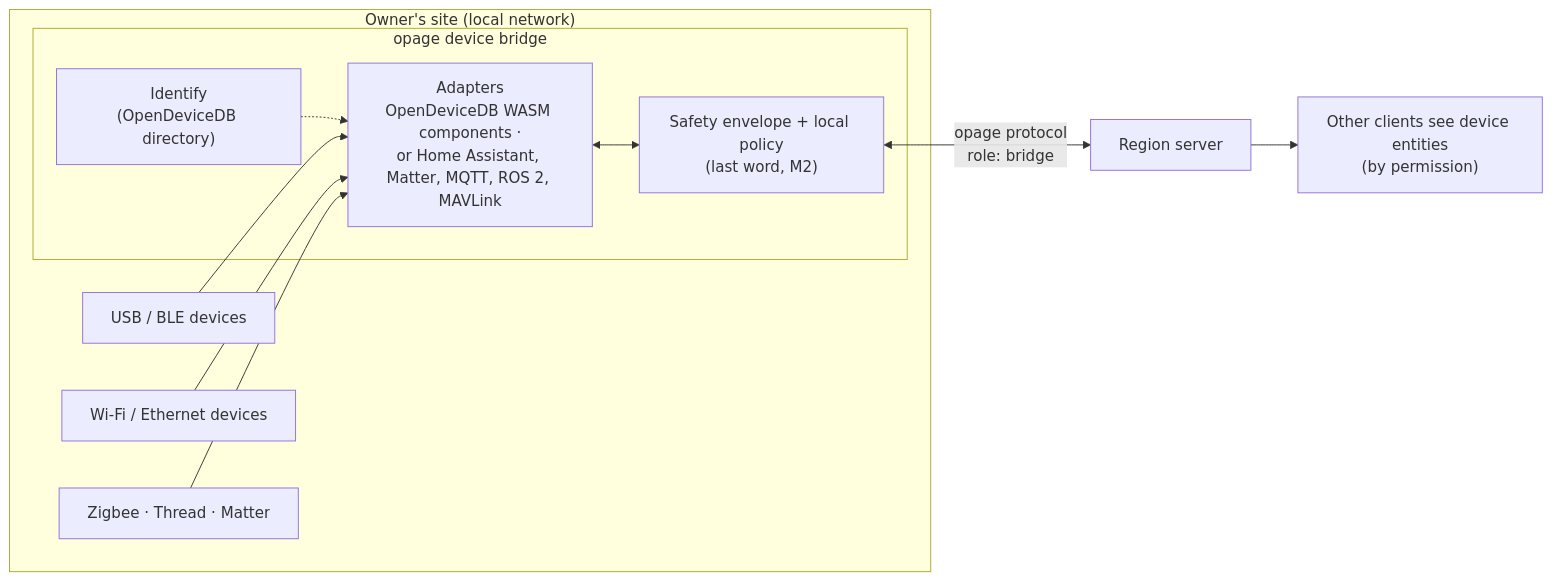
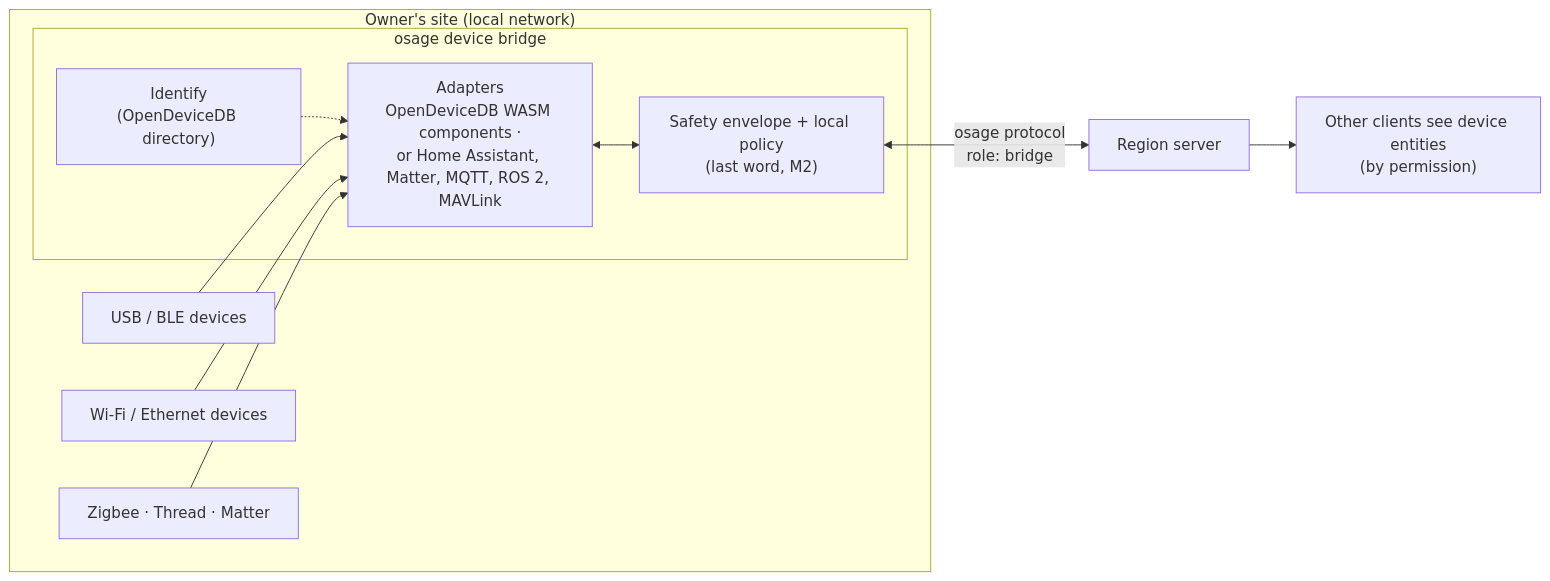
Before and after one commit to smichea/osage: the second of 2 diagrams in design/02-mixed-worlds-and-devices.md, drawn with Mermaid. The commit also changed other lines of this file and 8 other files, not shown here.

````diff
--- a/design/02-mixed-worlds-and-devices.md
+++ b/design/02-mixed-worlds-and-devices.md
@@ -73,20 +73,20 @@
 ```mermaid
 flowchart LR
   subgraph Site["Owner's site (local network)"]
     D1["USB / BLE devices"]
     D2["Wi-Fi / Ethernet devices"]
     D3["Zigbee · Thread · Matter"]
-    subgraph BR["opage device bridge"]
+    subgraph BR["osage device bridge"]
       ID["Identify<br/>(OpenDeviceDB directory)"]
       AD["Adapters<br/>OpenDeviceDB WASM components ·<br/>or Home Assistant, Matter, MQTT, ROS 2, MAVLink"]
       SE["Safety envelope + local policy<br/>(last word, M2)"]
     end
   end
   D1 --> AD
   D2 --> AD
   D3 --> AD
   ID -.-> AD
   AD <--> SE
-  SE <-->|"opage protocol<br/>role: bridge"| RS["Region server"]
+  SE <-->|"osage protocol<br/>role: bridge"| RS["Region server"]
   RS --> C["Other clients see device entities<br/>(by permission)"]
 ```
````
